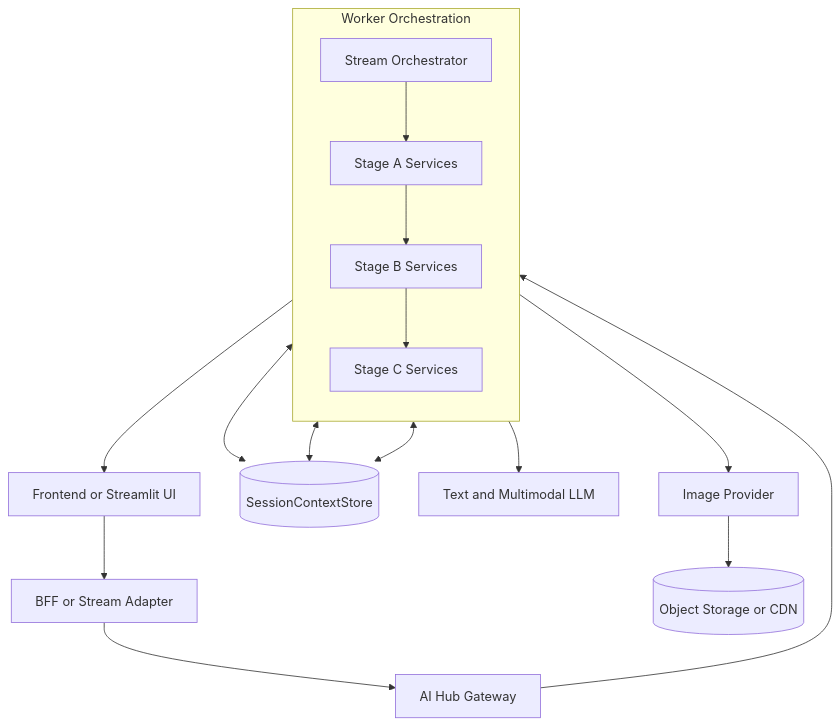
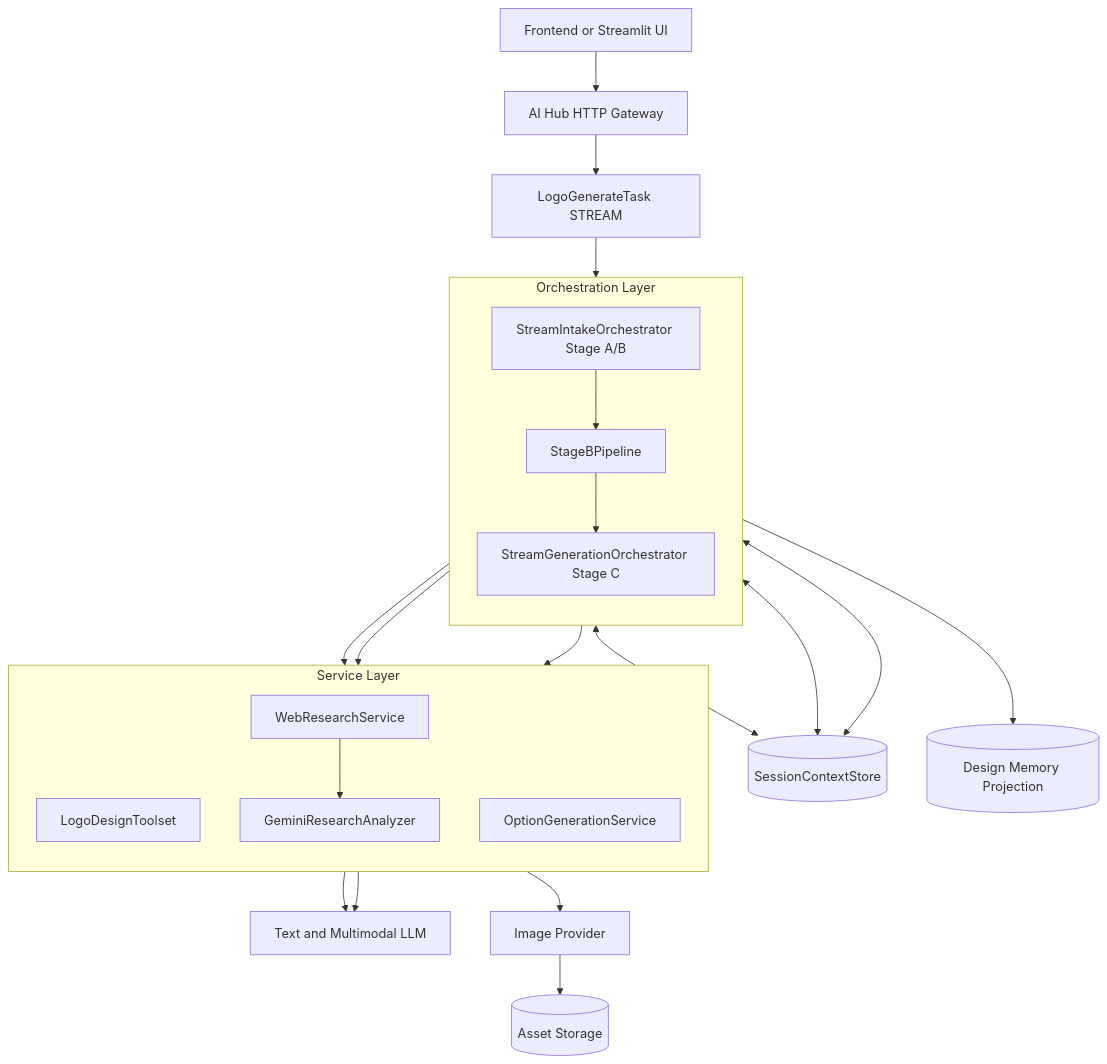
One commit to Ne4nf/Agent-Memory changed the second of 3 diagrams in architecture.md. Above: the diagram before and after it, drawn with Mermaid. The commit also changed other lines of this file, not shown here.

````diff
--- a/architecture.md
+++ b/architecture.md
@@ -137,28 +129,39 @@
 ```mermaid
 graph TD
   FE[Frontend or Streamlit UI]
-  BFF[BFF or Stream Adapter]
-  GW[AI Hub Gateway]
+  GW[AI Hub HTTP Gateway]
+  TASK[LogoGenerateTask STREAM]
 
-  subgraph ORCH[Worker Orchestration]
+  subgraph ORCH[Orchestration Layer]
     direction TB
-    SO[Stream Orchestrator]
-    SA[Stage A Services]
-    SB[Stage B Services]
-    SC[Stage C Services]
+    IA[StreamIntakeOrchestrator Stage A/B]
+    SB[StageBPipeline]
+    SC[StreamGenerationOrchestrator Stage C]
   end
 
-  CTX[(SessionContextStore)]
+  subgraph SVCS[Service Layer]
+    direction TB
+    TS[LogoDesignToolset]
+    WR[WebResearchService]
+    GA[GeminiResearchAnalyzer]
+    OG[OptionGenerationService]
+  end
+
+  MEM[(SessionContextStore)]
+  DM[(Design Memory Projection)]
   LLM[Text and Multimodal LLM]
   IMG[Image Provider]
-  STO[(Object Storage or CDN)]
+  STO[(Asset Storage)]
 
-  FE --> BFF --> GW --> SO
-  SO --> SA --> SB --> SC
-  SA <--> CTX
-  SB <--> CTX
-  SC <--> CTX
-  SB --> LLM
-  SC --> IMG --> STO
-  SO --> FE
+  FE --> GW --> TASK --> IA --> SB --> SC
+  IA --> TS
+  SB --> WR --> GA
+  SC --> OG --> IMG --> STO
+
+  IA <--> MEM
+  SB <--> MEM
+  SC <--> MEM
+  SB --> DM
+  TS --> LLM
+  GA --> LLM
 ```
````
